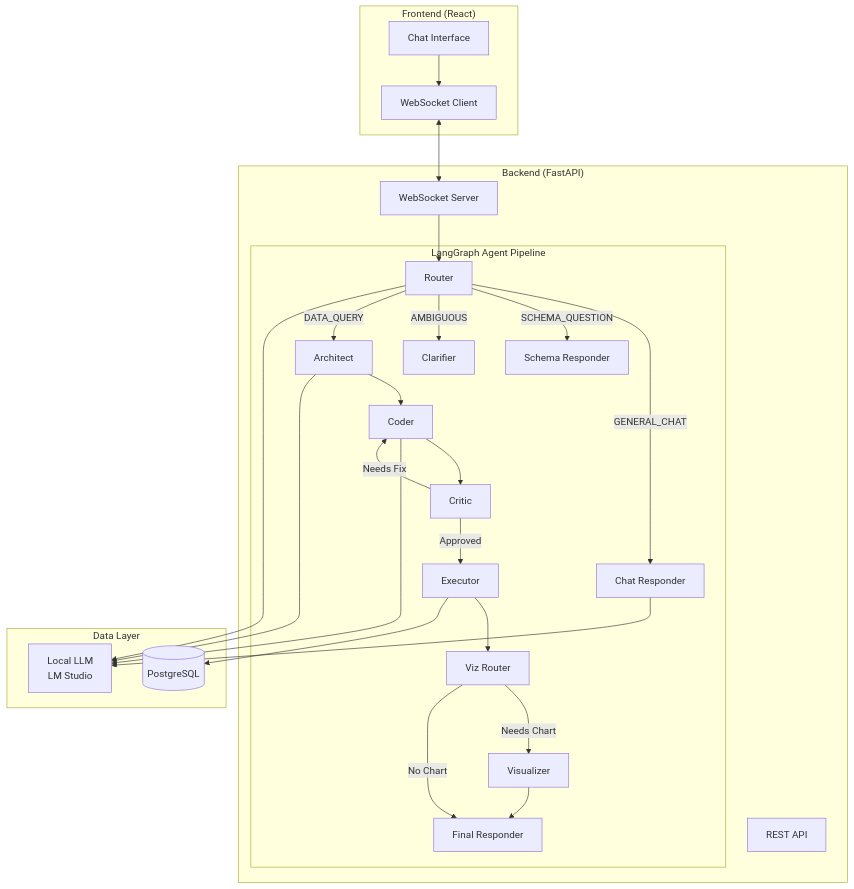
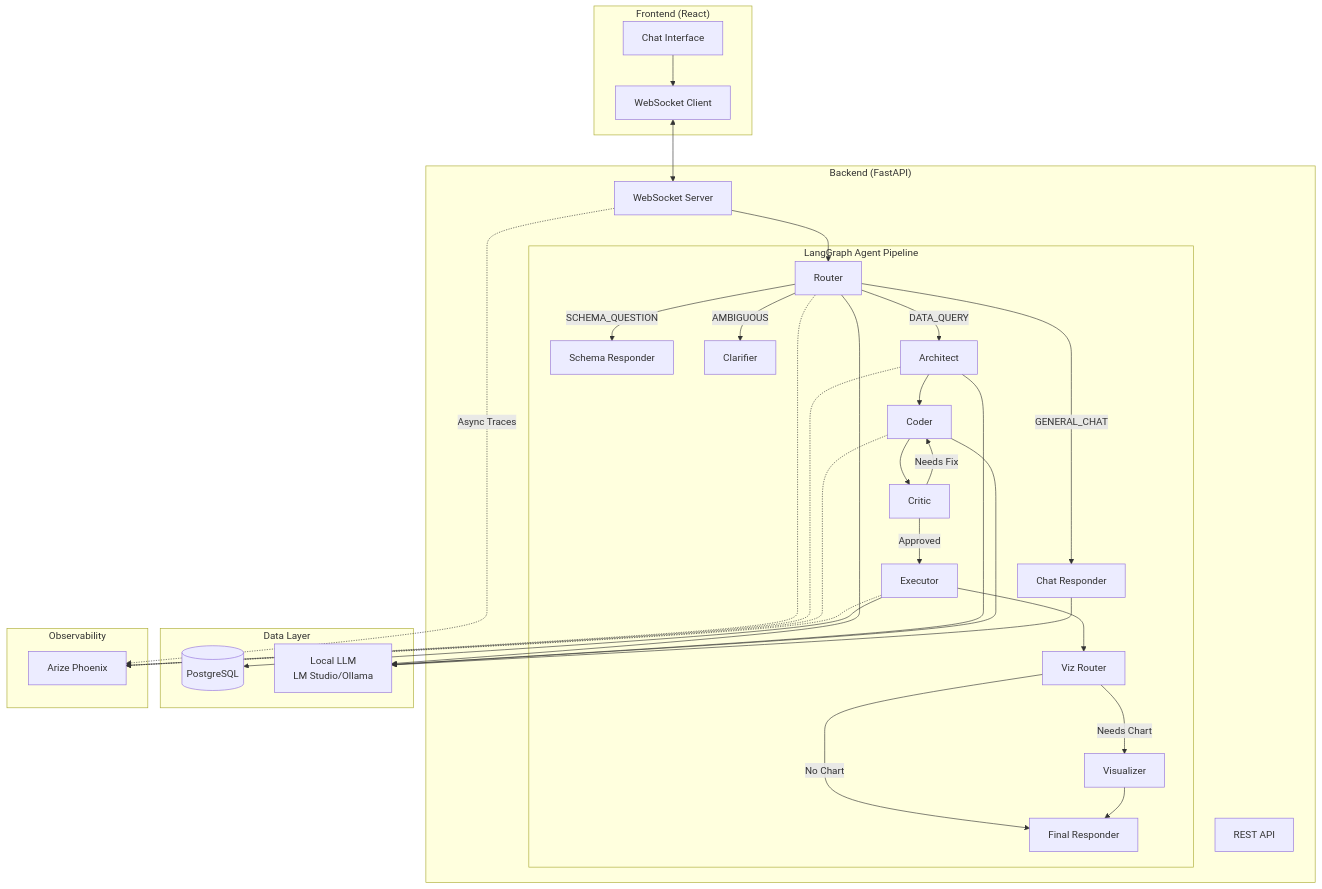
Before and after one commit to kaushikkumarkr/Antigravit: the first of 2 diagrams in README.md, drawn with Mermaid. The commit also changed other lines of this file, not shown here.

Commit message:
docs: update system architecture and readme
- Add Observability (Arize Phoenix) to High-Level Architecture diagram
- Update Data Flow diagram to show async tracing
- Update Project Structure to include observability module
- Add Phoenix setup instructions

````diff
--- a/README.md
+++ b/README.md
@@ -48,52 +50,63 @@
 ```mermaid
 graph TB
     subgraph "Frontend (React)"
         UI[Chat Interface]
         WS[WebSocket Client]
     end
     
     subgraph "Backend (FastAPI)"
         API[REST API]
         WSS[WebSocket Server]
         subgraph "LangGraph Agent Pipeline"
             Router[Router]
             ChatResp[Chat Responder]
             SchemaResp[Schema Responder]
             Clarifier[Clarifier]
             Architect[Architect]
             Coder[Coder]
             Critic[Critic]
             Executor[Executor]
             VizRouter[Viz Router]
             Visualizer[Visualizer]
             FinalResp[Final Responder]
         end
     end
     
     subgraph "Data Layer"
         DB[(PostgreSQL)]
-        LLM[Local LLM\nLM Studio]
+        LLM[Local LLM\nLM Studio/Ollama]
+    end
+
+    subgraph "Observability"
+        Phoenix[Arize Phoenix]
     end
     
     UI --> WS
     WS <--> WSS
     WSS --> Router
     Router -->|GENERAL_CHAT| ChatResp
     Router -->|SCHEMA_QUESTION| SchemaResp
     Router -->|AMBIGUOUS| Clarifier
     Router -->|DATA_QUERY| Architect
     Architect --> Coder
     Coder --> Critic
     Critic -->|Needs Fix| Coder
     Critic -->|Approved| Executor
     Executor --> VizRouter
     VizRouter -->|Needs Chart| Visualizer
     VizRouter -->|No Chart| FinalResp
     Visualizer --> FinalResp
     
     Executor --> DB
     Router --> LLM
     Architect --> LLM
     Coder --> LLM
     ChatResp --> LLM
+
+    %% Tracing
+    WSS -.->|Async Traces| Phoenix
+    Router -.-> Phoenix
+    Architect -.-> Phoenix
+    Coder -.-> Phoenix
+    Executor -.-> Phoenix
 ```
````
